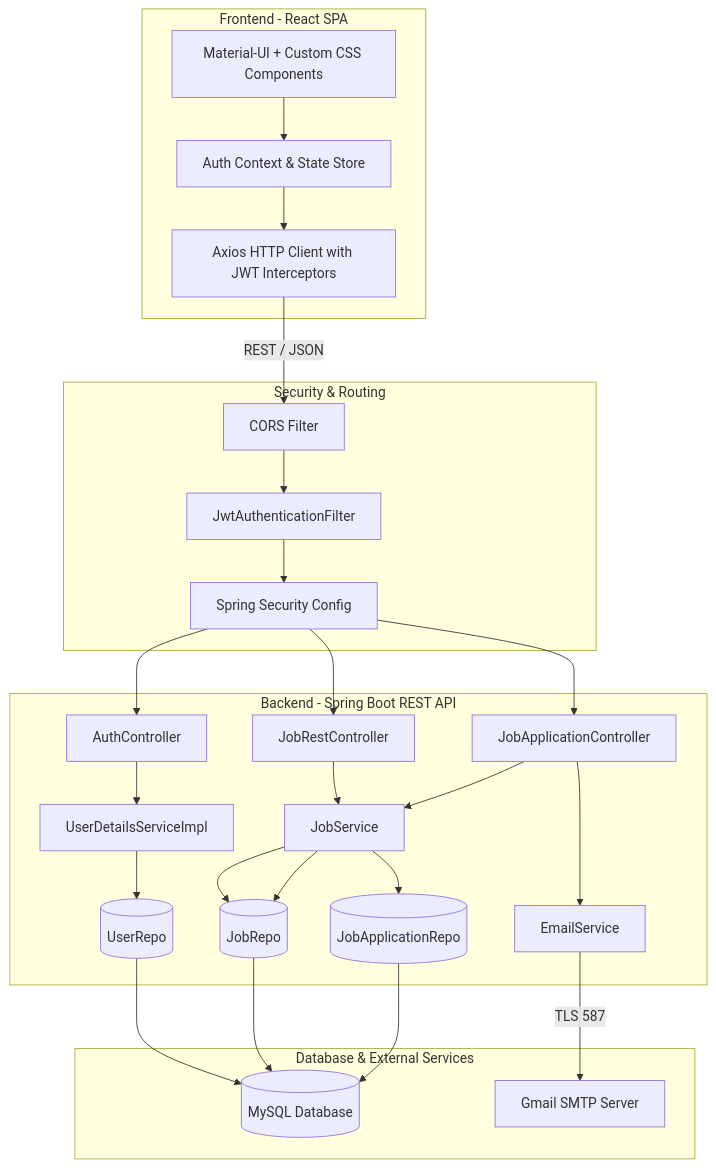
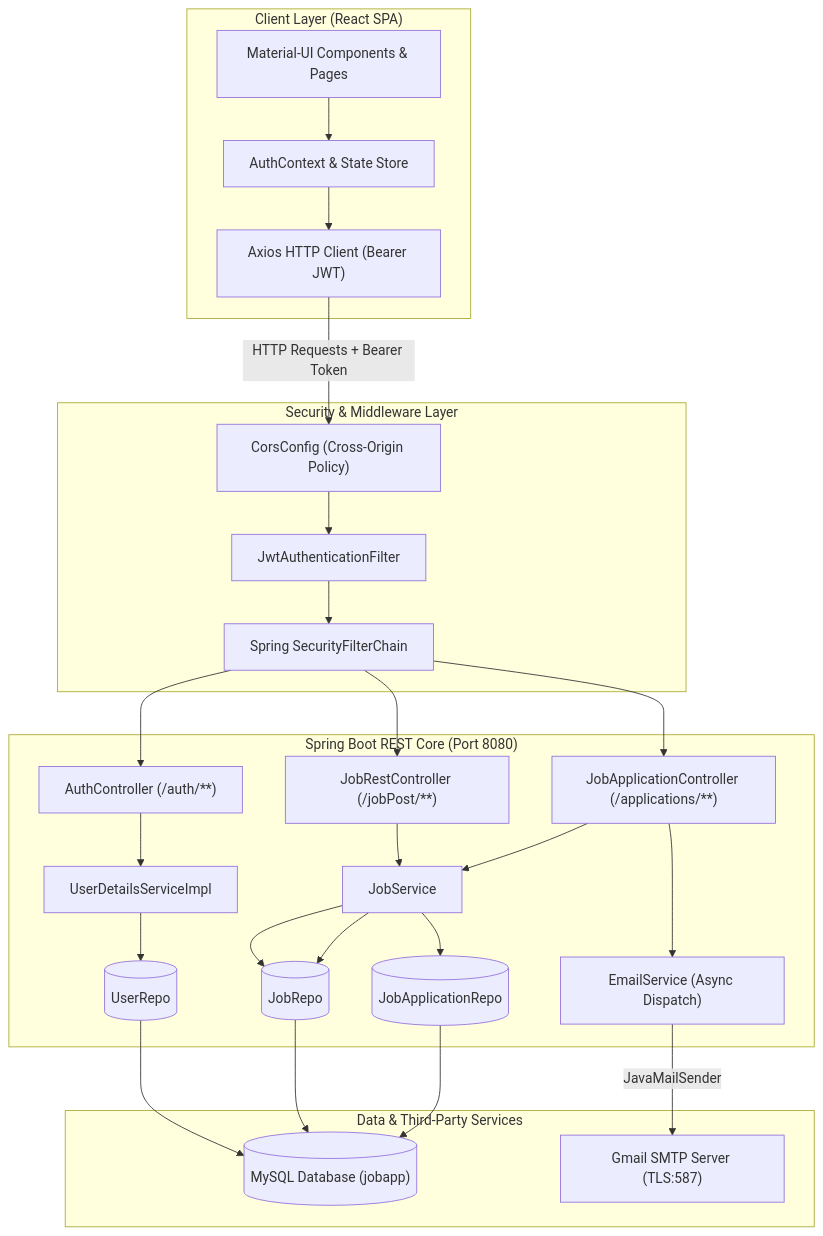
One commit to Chandan9153/job_portal changed the first of 4 diagrams in README.md. Above: the diagram before and after it, drawn with Mermaid. The commit also changed other lines of this file and 11 other files, not shown here.

Commit message:
docs: remove screenshots from README and repo; add architecture diagrams and workflows

````diff
--- a/README.md
+++ b/README.md
@@ -166,47 +73,47 @@
 ```mermaid
 graph TD
-    subgraph Client [Frontend - React SPA]
-        UI[Material-UI + Custom CSS Components]
-        Context[Auth Context & State Store]
-        Axios[Axios HTTP Client with JWT Interceptors]
-        UI --> Context
-        Context --> Axios
+    subgraph Client ["Client Layer (React SPA)"]
+        UI["Material-UI Components & Pages"]
+        Store["AuthContext & State Store"]
+        AxiosClient["Axios HTTP Client (Bearer JWT)"]
+        UI --> Store
+        Store --> AxiosClient
     end
 
-    subgraph Gateway [Security & Routing]
-        CORS[CORS Filter]
-        JWTFilter[JwtAuthenticationFilter]
-        Security[Spring Security Config]
-        CORS --> JWTFilter --> Security
+    subgraph SecurityGateway ["Security & Middleware Layer"]
+        CORS["CorsConfig (Cross-Origin Policy)"]
+        JWTFilter["JwtAuthenticationFilter"]
+        SecConfig["Spring SecurityFilterChain"]
+        CORS --> JWTFilter --> SecConfig
     end
 
-    subgraph Backend [Backend - Spring Boot REST API]
-        AuthCtrl[AuthController]
-        JobCtrl[JobRestController]
-        AppCtrl[JobApplicationController]
+    subgraph BackendAPI ["Spring Boot REST Core (Port 8080)"]
+        AuthCtrl["AuthController (/auth/**)"]
+        JobCtrl["JobRestController (/jobPost/**)"]
+        AppCtrl["JobApplicationController (/applications/**)"]
         
-        JobSvc[JobService]
-        EmailSvc[EmailService]
-        UserSvc[UserDetailsServiceImpl]
+        JobSvc["JobService"]
+        EmailSvc["EmailService (Async Dispatch)"]
+        UserSvc["UserDetailsServiceImpl"]
         
-        JobRepo[(JobRepo)]
-        AppRepo[(JobApplicationRepo)]
-        UserRepo[(UserRepo)]
+        JobRepo[("JobRepo")]
+        AppRepo[("JobApplicationRepo")]
+        UserRepo[("UserRepo")]
     end
 
-    subgraph Persistence [Database & External Services]
-        MySQL[(MySQL Database)]
-        SMTP[Gmail SMTP Server]
+    subgraph External ["Data & Third-Party Services"]
+        MySQL[("MySQL Database (jobapp)")]
+        SMTP["Gmail SMTP Server (TLS:587)"]
     end
 
-    Axios -->|REST / JSON| CORS
-    Security --> AuthCtrl & JobCtrl & AppCtrl
-    
+    AxiosClient -->|"HTTP Requests + Bearer Token"| CORS
+    SecConfig --> AuthCtrl & JobCtrl & AppCtrl
+
     AuthCtrl --> UserSvc --> UserRepo
     JobCtrl --> JobSvc --> JobRepo
     AppCtrl --> JobSvc & EmailSvc
     JobSvc --> AppRepo & JobRepo
-    
+
     UserRepo & JobRepo & AppRepo --> MySQL
-    EmailSvc -->|TLS 587| SMTP
+    EmailSvc -->|"JavaMailSender"| SMTP
 ```
````
